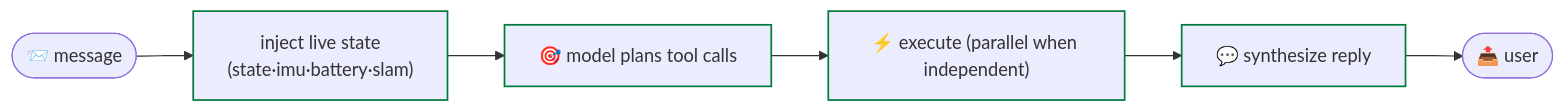
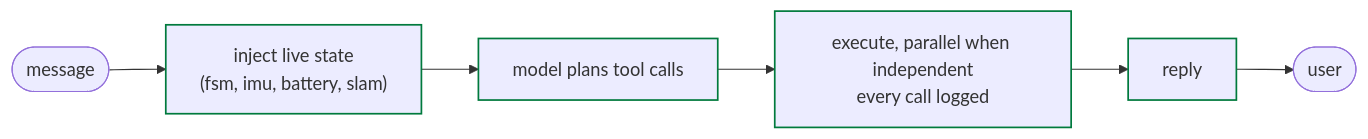
One commit to cagataycali/neon-the-g1 changed the first of 3 diagrams in docs/guide/architecture.md. Above: the diagram before and after it, drawn with Mermaid. The commit also changed other lines of this file and 5 other files, not shown here.

````diff
--- a/docs/guide/architecture.md
+++ b/docs/guide/architecture.md
@@ -29,10 +27,10 @@
 ```mermaid
 flowchart LR
-  M(["📨 message"]) --> I["inject live state<br/>(state·imu·battery·slam)"]
-  I --> P["🎯 model plans tool calls"]
-  P --> T["⚡ execute (parallel when independent)"]
-  T --> R["💬 synthesize reply"]
-  R --> U(["📤 user"])
+  M(["message"]) --> I["inject live state<br/>(fsm, imu, battery, slam)"]
+  I --> P["model plans tool calls"]
+  P --> T["execute, parallel when independent<br/>every call logged"]
+  T --> R["reply"]
+  R --> U(["user"])
   classDef a stroke:#007a3d,stroke-width:1.5px
   class I,P,T,R a
 ```
````
